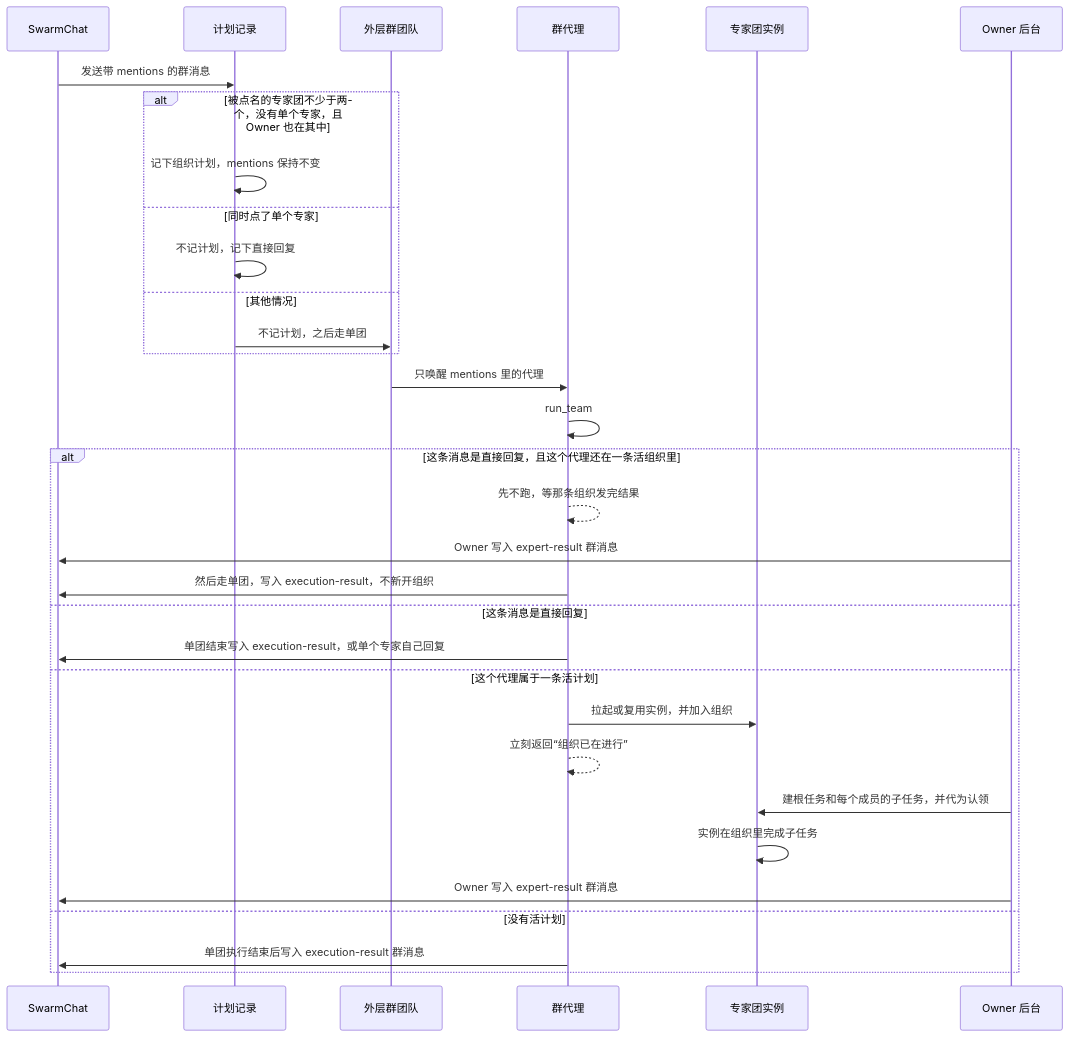
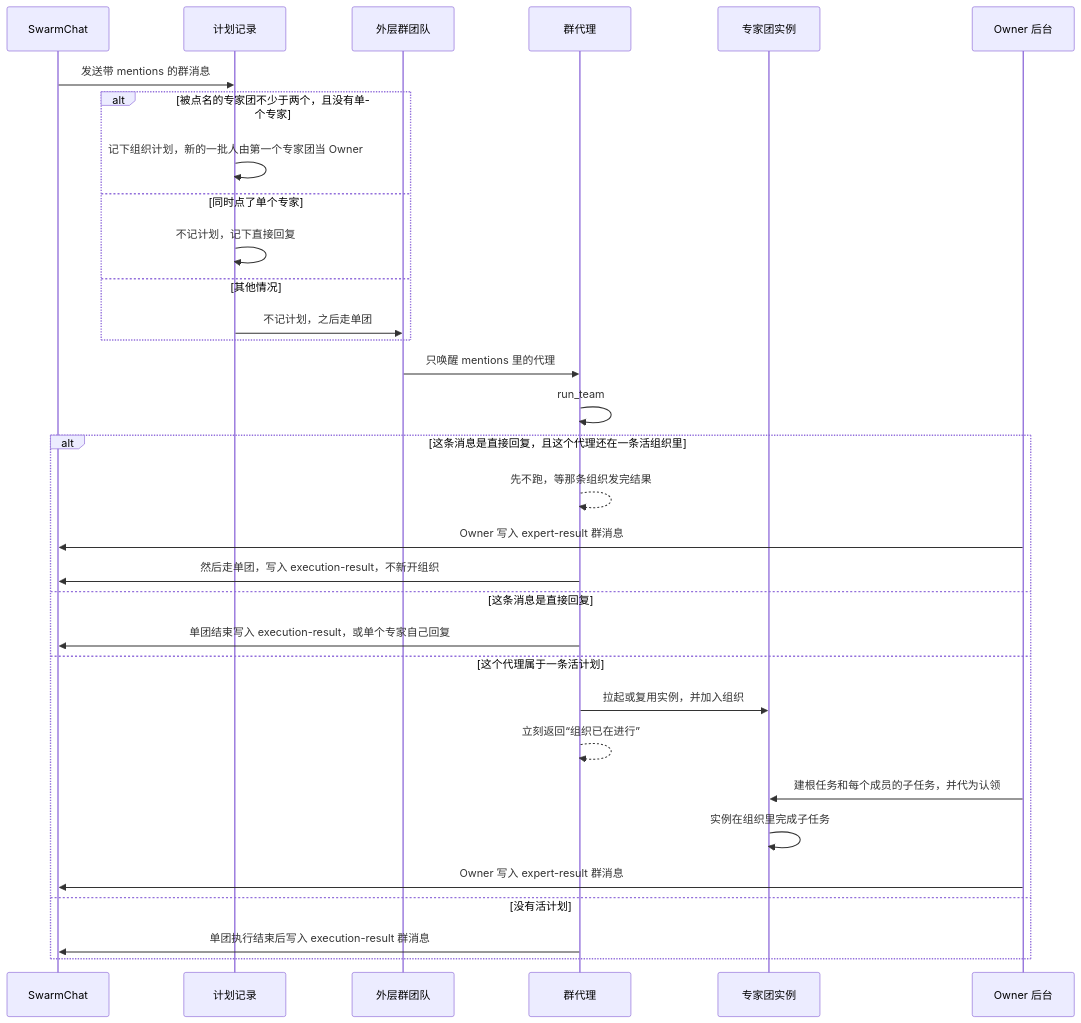
Before and after one commit to openJiuwen-ai/jiuwenswarm: the diagram in docs/zh/SwarmChat群聊专家团组织.md, drawn with Mermaid. The commit also changed other lines of this file and 3 other files, not shown here.

````diff
--- a/docs/zh/SwarmChat群聊专家团组织.md
+++ b/docs/zh/SwarmChat群聊专家团组织.md
@@ -30,35 +30,35 @@
 ```mermaid
 sequenceDiagram
     participant User as SwarmChat
     participant Gate as 计划记录
     participant Group as 外层群团队
     participant Proxy as 群代理
     participant Org as 专家团实例
     participant Owner as Owner 后台
 
     User->>Gate: 发送带 mentions 的群消息
-    alt 被点名的专家团不少于两个，没有单个专家，且 Owner 也在其中
-        Gate->>Gate: 记下组织计划，mentions 保持不变
+    alt 被点名的专家团不少于两个，且没有单个专家
+        Gate->>Gate: 记下组织计划，新的一批人由第一个专家团当 Owner
     else 同时点了单个专家
         Gate->>Gate: 不记计划，记下直接回复
     else 其他情况
         Gate->>Group: 不记计划，之后走单团
     end
     Group->>Proxy: 只唤醒 mentions 里的代理
     Proxy->>Proxy: run_team
     alt 这条消息是直接回复，且这个代理还在一条活组织里
         Proxy-->>Proxy: 先不跑，等那条组织发完结果
         Owner->>User: Owner 写入 expert-result 群消息
         Proxy->>User: 然后走单团，写入 execution-result，不新开组织
     else 这条消息是直接回复
         Proxy->>User: 单团结束写入 execution-result，或单个专家自己回复
     else 这个代理属于一条活计划
         Proxy->>Org: 拉起或复用实例，并加入组织
         Proxy-->>Proxy: 立刻返回“组织已在进行”
         Owner->>Org: 建根任务和每个成员的子任务，并代为认领
         Org->>Org: 实例在组织里完成子任务
         Owner->>User: Owner 写入 expert-result 群消息
     else 没有活计划
         Proxy->>User: 单团执行结束后写入 execution-result 群消息
     end
 ```
````
